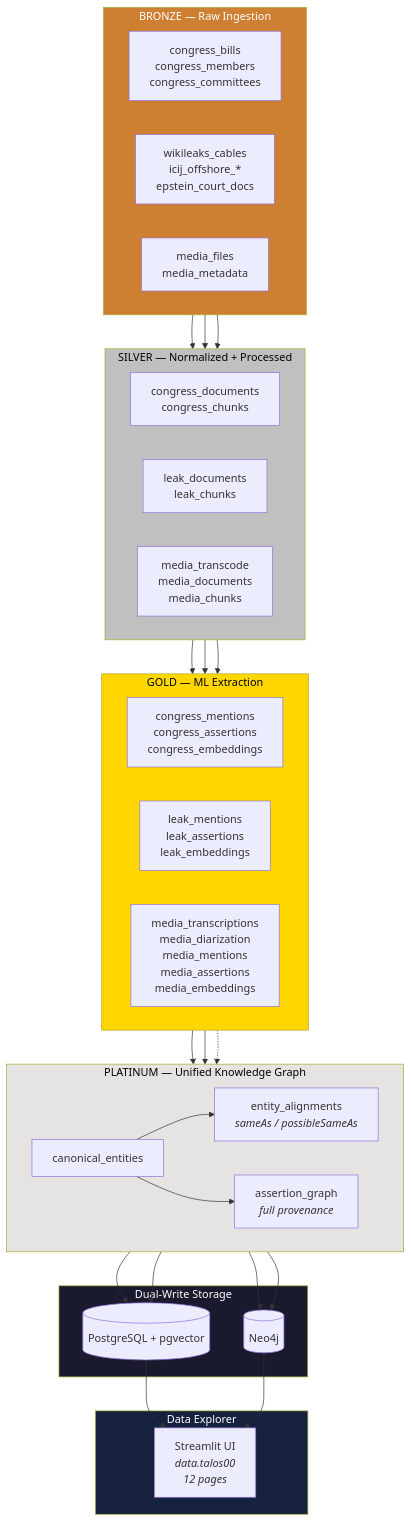
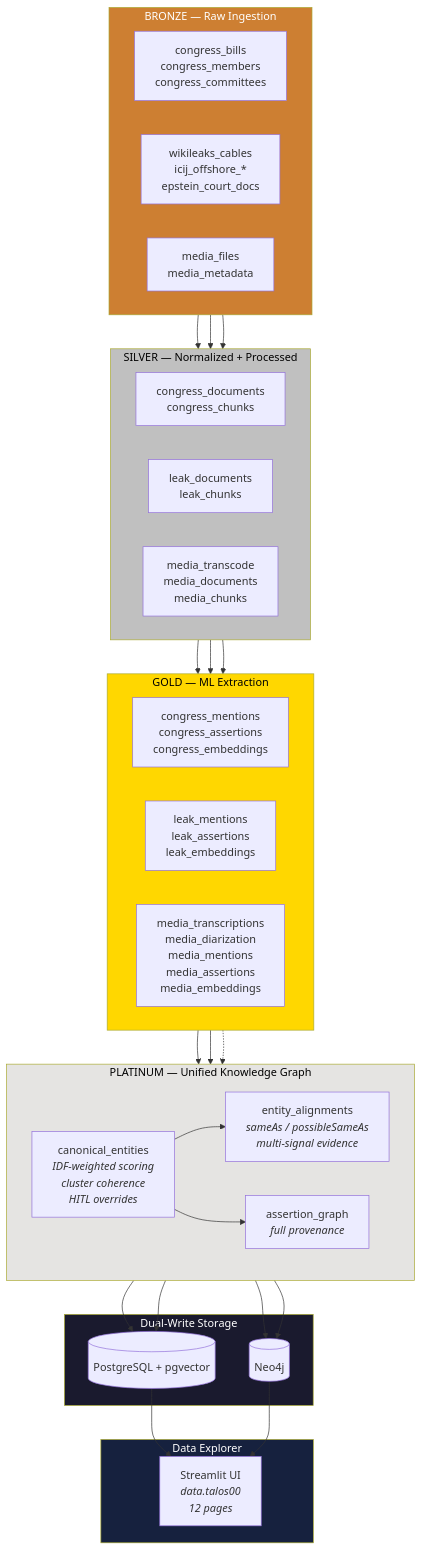
The fifth of 6 diagrams in docs/diagrams/media-ingest-architecture.md (TheBranchDriftCatalyst/catalyst-data), drawn with Mermaid before and after one commit. The commit also changed other lines of this file and 2 other files, not shown here.

First line of the commit message:
docs: update concordance, entity model, and architecture docs

````diff
--- a/docs/diagrams/media-ingest-architecture.md
+++ b/docs/diagrams/media-ingest-architecture.md
@@ -143,65 +143,65 @@
 ```mermaid
 graph TB
     subgraph Bronze["BRONZE — Raw Ingestion"]
         direction LR
         CB[congress_bills<br/>congress_members<br/>congress_committees]
         LB[wikileaks_cables<br/>icij_offshore_*<br/>epstein_court_docs]
         MB[media_files<br/>media_metadata]
     end
 
     subgraph Silver["SILVER — Normalized + Processed"]
         direction LR
         CS[congress_documents<br/>congress_chunks]
         LS[leak_documents<br/>leak_chunks]
         MS[media_transcode<br/>media_documents<br/>media_chunks]
     end
 
     subgraph Gold["GOLD — ML Extraction"]
         direction LR
         CG[congress_mentions<br/>congress_assertions<br/>congress_embeddings]
         LG[leak_mentions<br/>leak_assertions<br/>leak_embeddings]
         MG[media_transcriptions<br/>media_diarization<br/>media_mentions<br/>media_assertions<br/>media_embeddings]
     end
 
     subgraph Platinum["PLATINUM — Unified Knowledge Graph"]
         direction LR
-        CE[canonical_entities]
-        EA[entity_alignments<br/><i>sameAs / possibleSameAs</i>]
+        CE[canonical_entities<br/><i>IDF-weighted scoring<br/>cluster coherence<br/>HITL overrides</i>]
+        EA[entity_alignments<br/><i>sameAs / possibleSameAs<br/>multi-signal evidence</i>]
         AG[assertion_graph<br/><i>full provenance</i>]
     end
 
     subgraph Storage["Dual-Write Storage"]
         PG[(PostgreSQL + pgvector)]
         N4J[(Neo4j)]
     end
 
     subgraph UI["Data Explorer"]
         SE[Streamlit UI<br/><i>data.talos00<br/>12 pages</i>]
     end
 
     CB --> CS --> CG
     LB --> LS --> LG
     MB --> MS --> MG
 
     CG --> CE
     LG --> CE
     MG -.-> CE
 
     CE --> EA
     CE --> AG
 
     AG --> PG
     AG --> N4J
     EA --> PG
     EA --> N4J
 
     PG --> SE
     N4J --> SE
 
     style Bronze fill:#cd7f32,color:#fff
     style Silver fill:#c0c0c0,color:#000
     style Gold fill:#ffd700,color:#000
     style Platinum fill:#e5e4e2,color:#000
     style Storage fill:#1a1a2e,color:#fff
     style UI fill:#16213e,color:#fff
 ```
````
